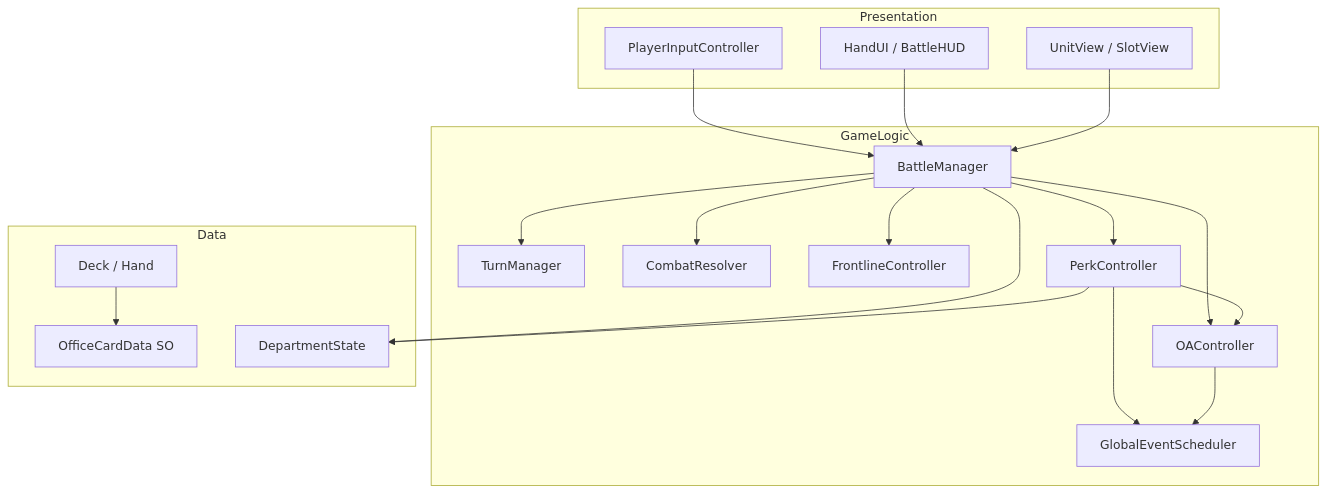
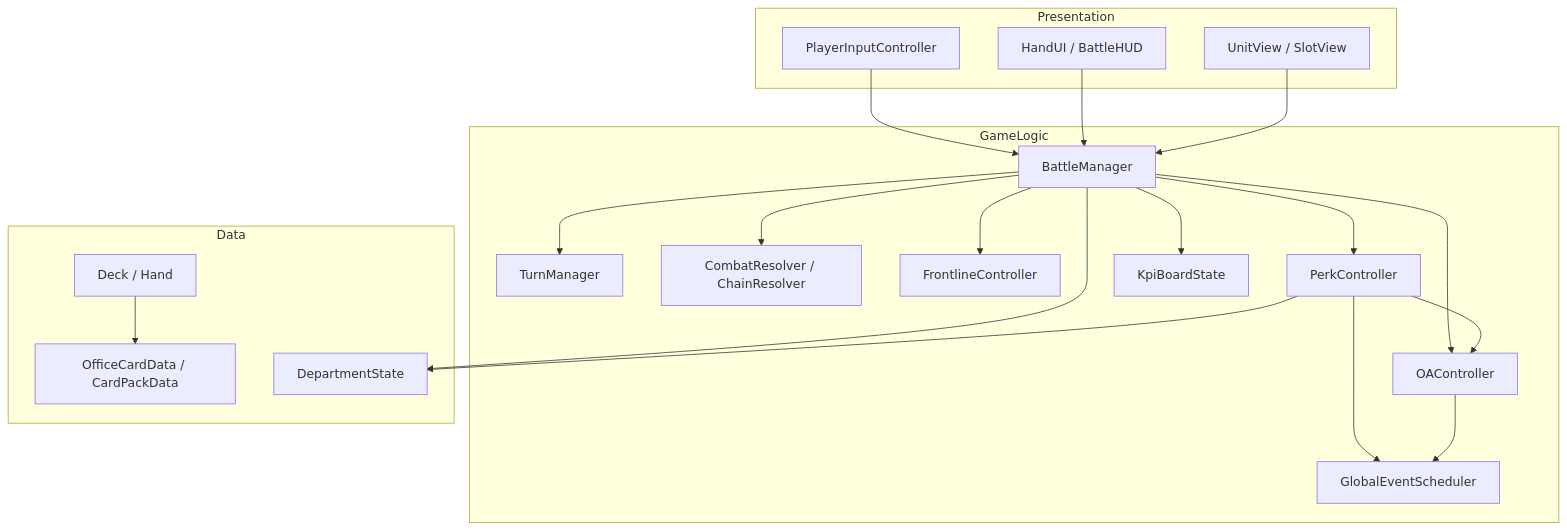
Before and after one commit to Hustle28214/office-war: the third of 3 diagrams in plan.md, drawn with Mermaid. The commit also changed other lines of this file and 25 other files, not shown here.

````diff
--- a/plan.md
+++ b/plan.md
@@ -367,36 +569,38 @@
 ```mermaid
 flowchart TB
     subgraph Presentation
         UI[HandUI / BattleHUD]
         Input[PlayerInputController]
         View[UnitView / SlotView]
     end
     subgraph GameLogic
         Turn[TurnManager]
         Battle[BattleManager]
-        Combat[CombatResolver]
+        Combat[CombatResolver / ChainResolver]
         Front[FrontlineController]
         Perk[PerkController]
         OA[OAController]
         Global[GlobalEventScheduler]
+        Kpi[KpiBoardState]
     end
     subgraph Data
-        SO[OfficeCardData SO]
+        SO[OfficeCardData / CardPackData]
         Deck[Deck / Hand]
         Dept[DepartmentState]
     end
     Input --> Battle
     UI --> Battle
     Battle --> Turn
     Battle --> Combat
     Battle --> Front
     Battle --> Perk
     Battle --> OA
     Battle --> Dept
+    Battle --> Kpi
     Perk --> OA
     Perk --> Global
     Perk --> Dept
     OA --> Global
     Deck --> SO
     View --> Battle
 ```
````
